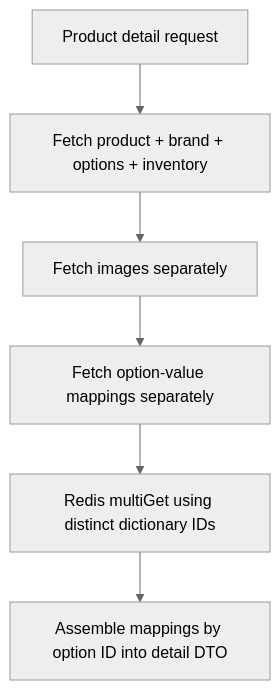
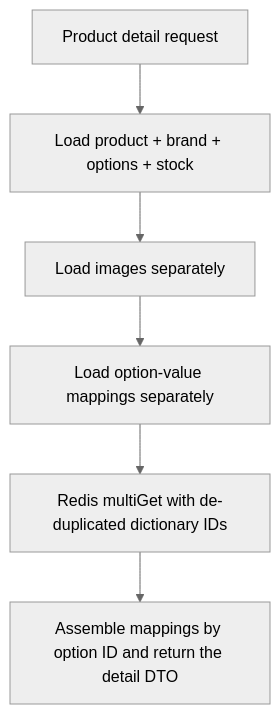
Before and after one commit to K-MarkLee/musinsa_server: the diagram in docs/en/improvements/product-detail.md, drawn with Mermaid (neutral theme). The commit also changed other lines of this file and 23 other files, not shown here.

````diff
--- a/docs/en/improvements/product-detail.md
+++ b/docs/en/improvements/product-detail.md
@@ -84,8 +60,8 @@
 ```mermaid
 flowchart TD
-    A[Product detail request] --> B[Fetch product + brand + options + inventory]
-    B --> C[Fetch images separately]
-    C --> D[Fetch option-value mappings separately]
-    D --> E[Redis multiGet using distinct dictionary IDs]
-    E --> F[Assemble mappings by option ID into detail DTO]
+    A[Product detail request] --> B[Load product + brand + options + stock]
+    B --> C[Load images separately]
+    C --> D[Load option-value mappings separately]
+    D --> E[Redis multiGet with de-duplicated dictionary IDs]
+    E --> F[Assemble mappings by option ID and return the detail DTO]
 ```
````
